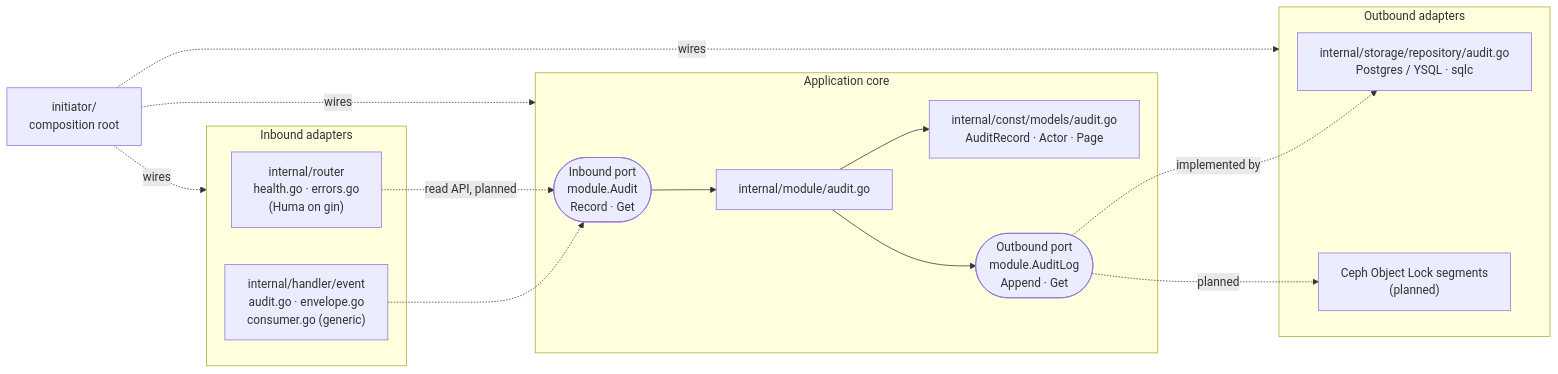
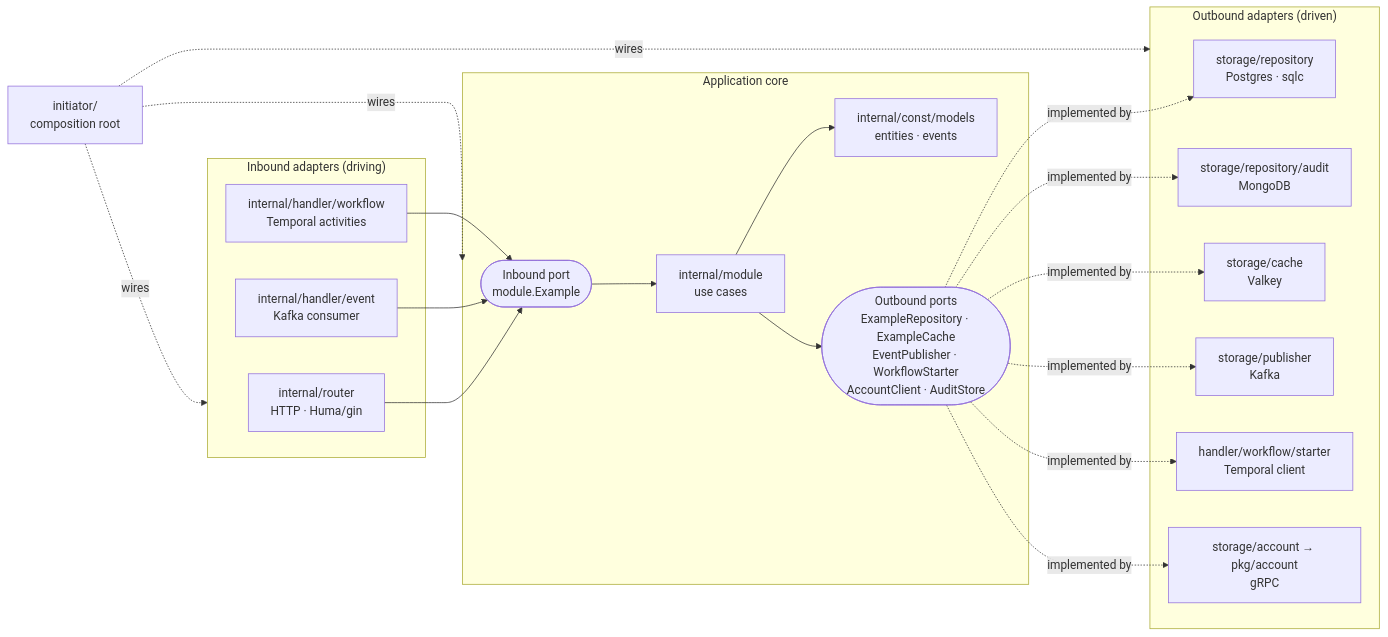
Before and after one commit to hunderaweke/dps-example-project: the diagram in README.md, drawn with Mermaid. The commit also changed other lines of this file and 129 other files, not shown here.

````diff
--- a/README.md
+++ b/README.md
@@ -48,31 +69,41 @@
 ```mermaid
 flowchart LR
-    subgraph Inbound["Inbound adapters"]
-        R["internal/router<br/>health.go · errors.go<br/>(Huma on gin)"]
-        E["internal/handler/event<br/>audit.go · envelope.go<br/>consumer.go (generic)"]
+    subgraph Inbound["Inbound adapters (driving)"]
+        R["internal/router<br/>HTTP · Huma/gin"]
+        E["internal/handler/event<br/>Kafka consumer"]
+        W["internal/handler/workflow<br/>Temporal activities"]
     end
 
     subgraph Core["Application core"]
-        IP(["Inbound port<br/>module.Audit<br/>Record · Get"])
-        M["internal/module/audit.go"]
-        D["internal/const/models/audit.go<br/>AuditRecord · Actor · Page"]
-        OP(["Outbound port<br/>module.AuditLog<br/>Append · Get"])
+        IP(["Inbound port<br/>module.Example"])
+        M["internal/module<br/>use cases"]
+        D["internal/const/models<br/>entities · events"]
+        OP(["Outbound ports<br/>ExampleRepository · ExampleCache<br/>EventPublisher · WorkflowStarter<br/>AccountClient · AuditStore"])
     end
 
-    subgraph Outbound["Outbound adapters"]
-        PG["internal/storage/repository/audit.go<br/>Postgres / YSQL · sqlc"]
-        WORM["Ceph Object Lock segments<br/>(planned)"]
+    subgraph Outbound["Outbound adapters (driven)"]
+        PG["storage/repository<br/>Postgres · sqlc"]
+        MG["storage/repository/audit<br/>MongoDB"]
+        VK["storage/cache<br/>Valkey"]
+        PB["storage/publisher<br/>Kafka"]
+        ST["handler/workflow/starter<br/>Temporal client"]
+        AC["storage/account → pkg/account<br/>gRPC"]
     end
 
-    E -.-> IP
-    R -. read API, planned .-> IP
+    R --> IP
+    E --> IP
+    W --> IP
     IP --> M
     M --> D
     M --> OP
     OP -. implemented by .-> PG
-    OP -. planned .-> WORM
+    OP -. implemented by .-> MG
+    OP -. implemented by .-> VK
+    OP -. implemented by .-> PB
+    OP -. implemented by .-> ST
+    OP -. implemented by .-> AC
 
     I["initiator/<br/>composition root"] -. wires .-> Inbound
     I -. wires .-> Core
     I -. wires .-> Outbound
 ```
````
